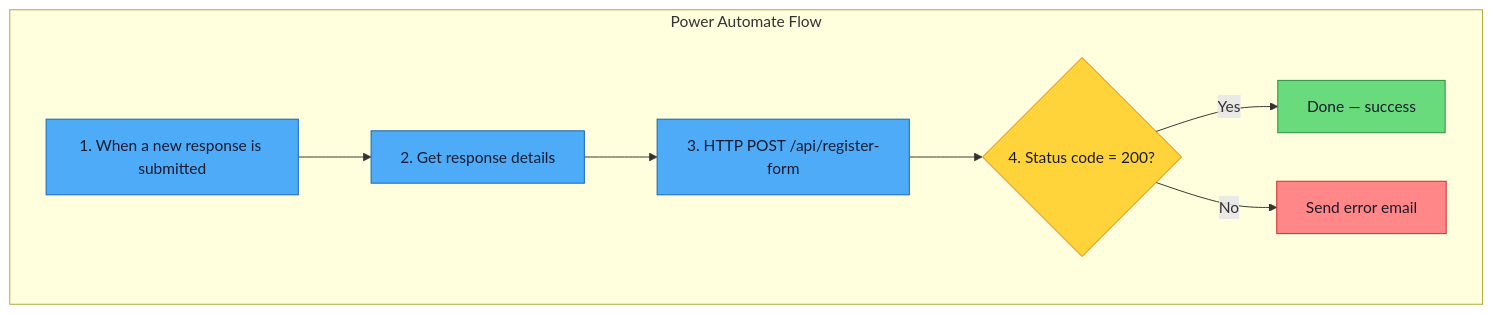
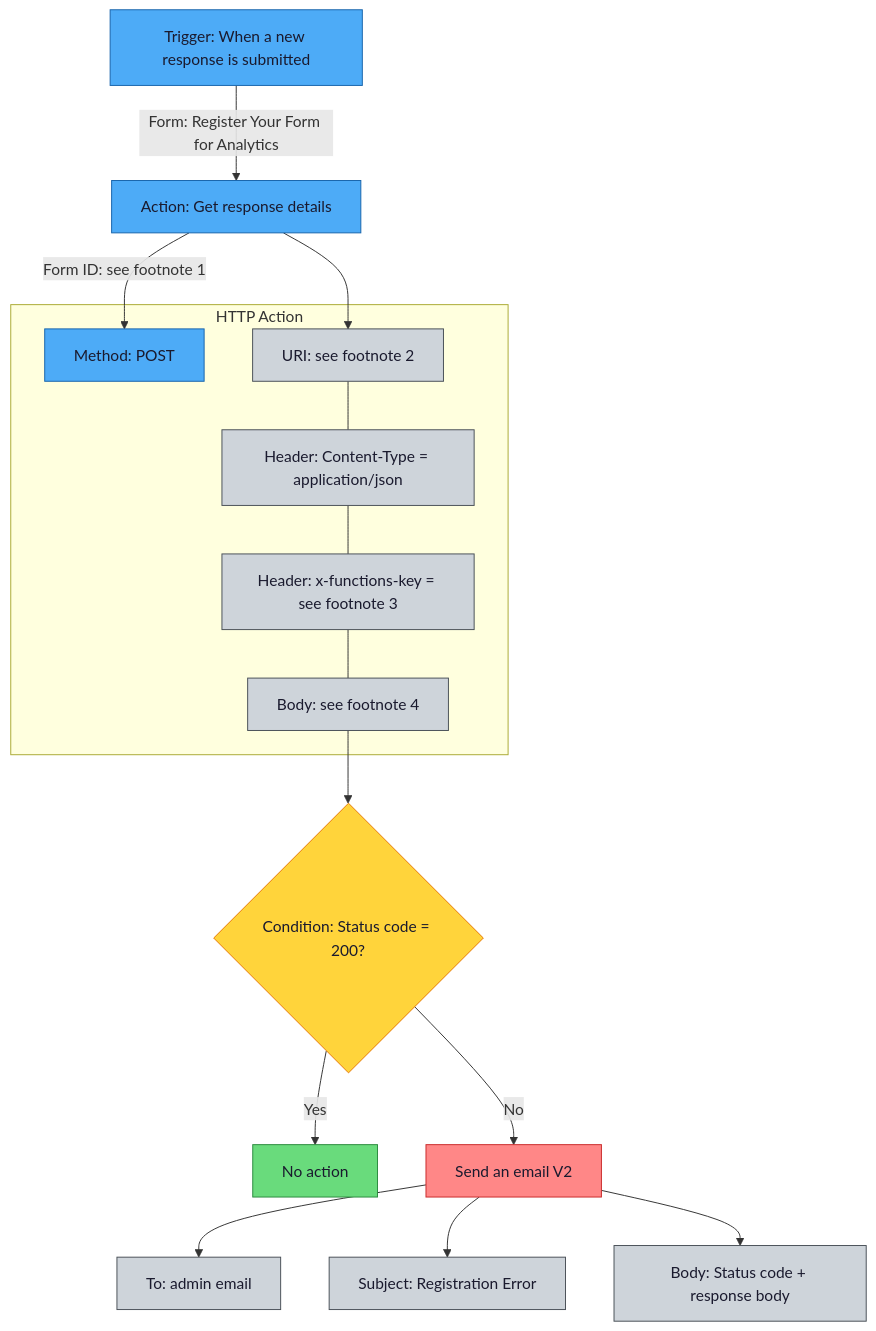
The first of 2 diagrams in docs/registration-form-template.md (michaelhuot-msft/forms-to-fabric), drawn with Mermaid before and after one commit. The commit also changed other lines of this file, not shown here.

Commit message:
Detailed PA registration flow diagram with footnotes
Vertical layout matching Power Automate UI. Shows each action's
configuration fields. Dynamic values (URI, key, body) referenced
via footnotes pointing to Generate-FlowBody.ps1 -Registration.

Usable as a validation reference against the actual PA flow.

````diff
--- a/docs/registration-form-template.md
+++ b/docs/registration-form-template.md
@@ -86,29 +86,48 @@
 ```mermaid
 flowchart TD
-    subgraph "Power Automate Flow"
-        T[1. When a new response is submitted]
-        G[2. Get response details]
-        H[3. HTTP POST /api/register-form]
-        C{4. Status code = 200?}
-        OK[Done — success]
-        ERR[Send error email]
+    T[Trigger: When a new response is submitted]
+    T -->|Form: Register Your Form for Analytics| G
+
+    G[Action: Get response details]
+    G -->|Form ID: see footnote 1| H
+
+    subgraph "HTTP Action"
+        H[Method: POST]
+        H1[URI: see footnote 2]
+        H2["Header: Content-Type = application/json"]
+        H3[Header: x-functions-key = see footnote 3]
+        H4["Body: see footnote 4"]
     end
+    G --> H1
+    H1 --- H2
+    H2 --- H3
+    H3 --- H4
+    H4 --> C
 
-    T --> G
-    G --> H
-    H --> C
-    C -- Yes --> OK
-    C -- No --> ERR
+    C{Condition: Status code = 200?}
+    C -- Yes --> OK[No action]
+    C -- No --> ERR[Send an email V2]
+    ERR --> ERR1[To: admin email]
+    ERR --> ERR2[Subject: Registration Error]
+    ERR --> ERR3["Body: Status code + response body"]
 
     classDef primary fill:#4dabf7,stroke:#1864ab,color:#1a1a2e
     classDef success fill:#69db7c,stroke:#2b8a3e,color:#1a1a2e
     classDef warning fill:#ffd43b,stroke:#e67700,color:#1a1a2e
     classDef danger fill:#ff8787,stroke:#c92a2a,color:#1a1a2e
+    classDef neutral fill:#ced4da,stroke:#495057,color:#1a1a2e
 
     T:::primary
     G:::primary
     H:::primary
+    H1:::neutral
+    H2:::neutral
+    H3:::neutral
+    H4:::neutral
     C:::warning
     OK:::success
     ERR:::danger
+    ERR1:::neutral
+    ERR2:::neutral
+    ERR3:::neutral
 ```
````
